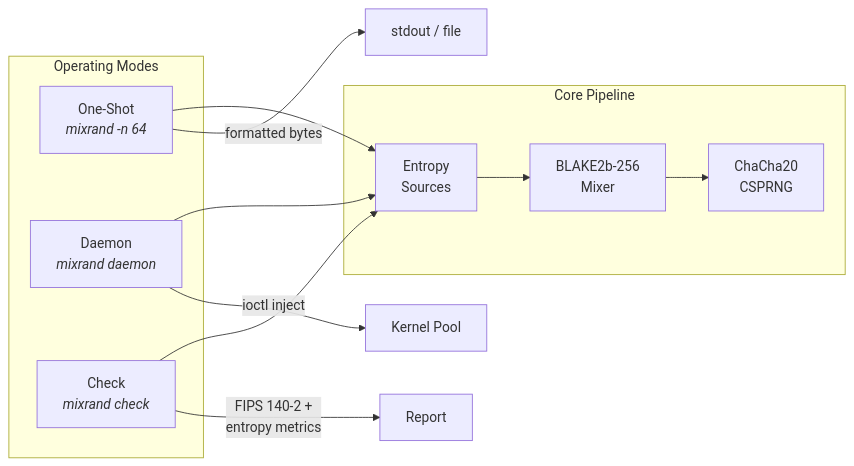
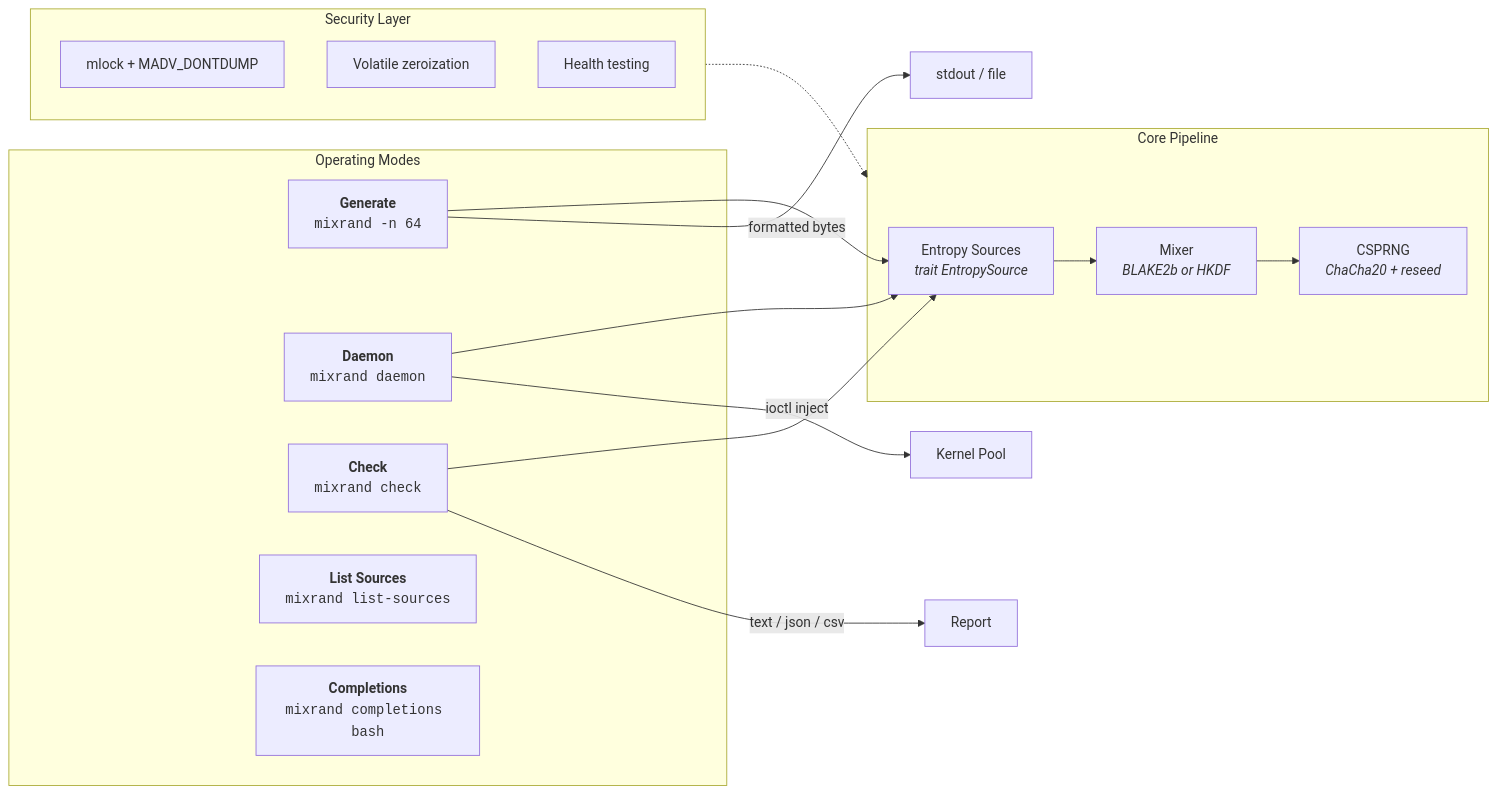
One commit to sonoransun/entropy-svc changed the first of 7 diagrams in README.md. Above: the diagram before and after it, drawn with Mermaid. The commit also changed other lines of this file and 19 other files, not shown here.

````diff
--- a/README.md
+++ b/README.md
@@ -17,23 +20,32 @@
 ```mermaid
 flowchart LR
     subgraph Modes["Operating Modes"]
-        A["One-Shot<br/><i>mixrand -n 64</i>"]
-        B["Daemon<br/><i>mixrand daemon</i>"]
-        C["Check<br/><i>mixrand check</i>"]
+        A["<b>Generate</b><br/><code>mixrand -n 64</code>"]
+        B["<b>Daemon</b><br/><code>mixrand daemon</code>"]
+        C["<b>Check</b><br/><code>mixrand check</code>"]
+        D["<b>List Sources</b><br/><code>mixrand list-sources</code>"]
+        E["<b>Completions</b><br/><code>mixrand completions bash</code>"]
     end
 
     subgraph Core["Core Pipeline"]
-        D["Entropy<br/>Sources"]
-        E["BLAKE2b-256<br/>Mixer"]
-        F["ChaCha20<br/>CSPRNG"]
+        F["Entropy Sources<br/><i>trait EntropySource</i>"]
+        G["Mixer<br/><i>BLAKE2b or HKDF</i>"]
+        H["CSPRNG<br/><i>ChaCha20 + reseed</i>"]
     end
 
-    A --> D
-    B --> D
-    C --> D
-    D --> E --> F
+    subgraph Security["Security Layer"]
+        I["mlock + MADV_DONTDUMP"]
+        J["Volatile zeroization"]
+        K["Health testing"]
+    end
 
-    A -- "formatted bytes" --> G["stdout / file"]
-    B -- "ioctl inject" --> H["Kernel Pool"]
-    C -- "FIPS 140-2 +<br/>entropy metrics" --> I["Report"]
+    A --> F
+    B --> F
+    C --> F
+    F --> G --> H
+    Security -.-> Core
+
+    A -- "formatted bytes" --> L["stdout / file"]
+    B -- "ioctl inject" --> M["Kernel Pool"]
+    C -- "text / json / csv" --> N["Report"]
 ```
````
